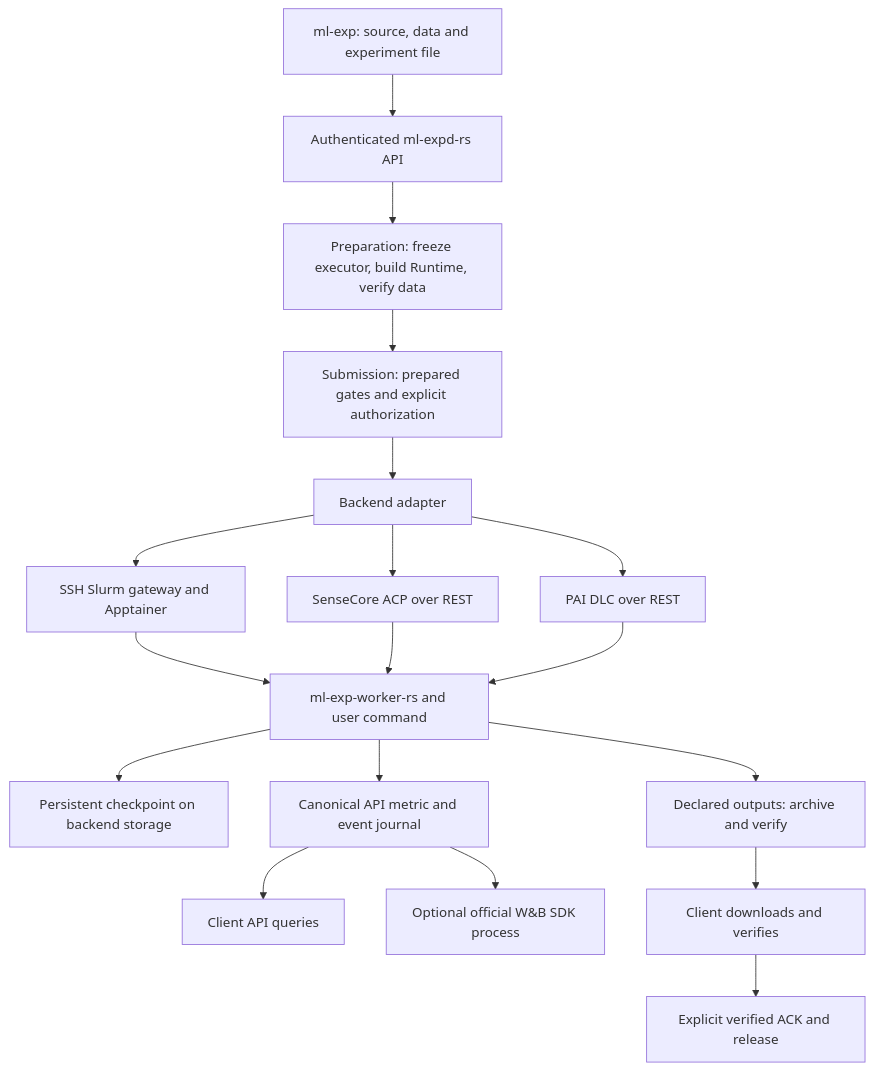
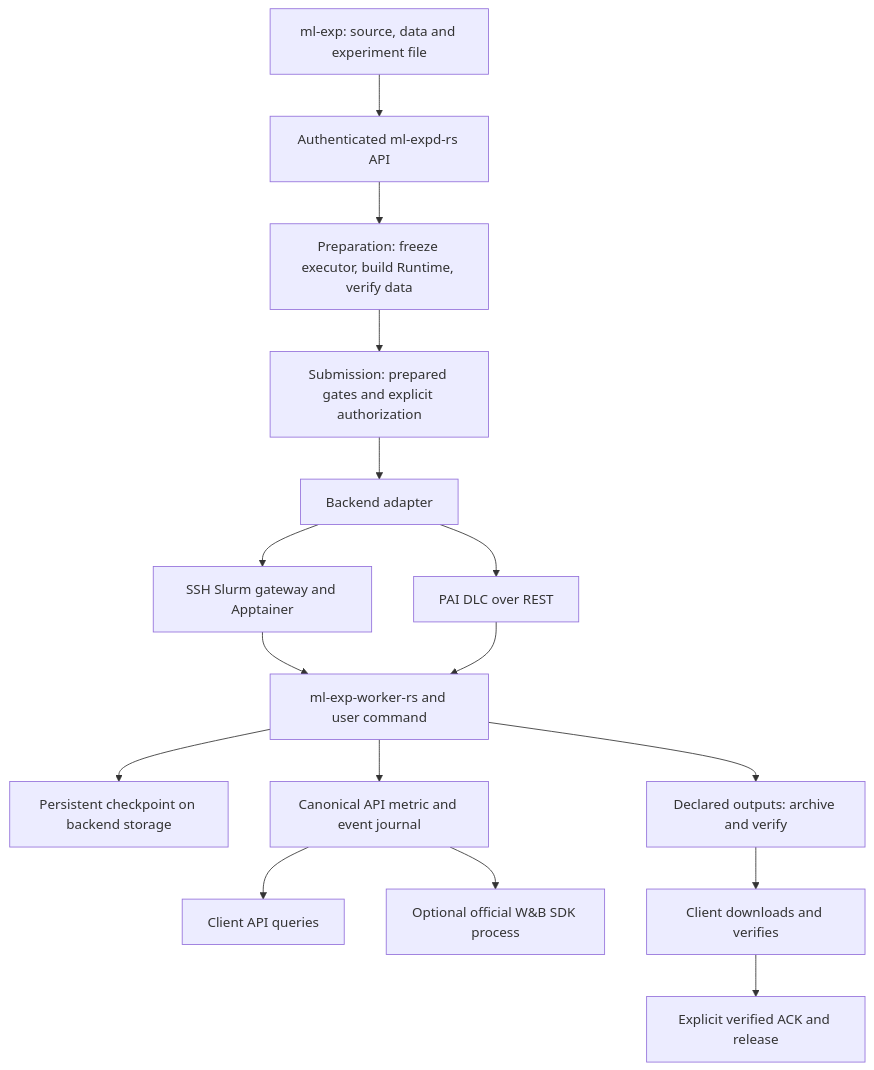
The diagram in docs/architecture.md (NotDesigned/ml-experiment-control), drawn with Mermaid before and after one commit. The commit also changed other lines of this file and 66 other files, not shown here.

````diff
--- a/docs/architecture.md
+++ b/docs/architecture.md
@@ -31,20 +31,18 @@
 ```mermaid
 flowchart TD
     Client[ml-exp: source, data and experiment file] --> API[Authenticated ml-expd-rs API]
     API --> Prepare[Preparation: freeze executor, build Runtime, verify data]
     Prepare --> Review[Submission: prepared gates and explicit authorization]
     Review --> Dispatch[Backend adapter]
     Dispatch --> Slurm[SSH Slurm gateway and Apptainer]
-    Dispatch --> ACP[SenseCore ACP over REST]
     Dispatch --> DLC[PAI DLC over REST]
     Slurm --> Worker[ml-exp-worker-rs and user command]
-    ACP --> Worker
     DLC --> Worker
     Worker --> State[Persistent checkpoint on backend storage]
     Worker --> Records[Canonical API metric and event journal]
     Records --> Query[Client API queries]
     Records --> WandB[Optional official W&B SDK process]
     Worker --> Results[Declared outputs: archive and verify]
     Results --> Download[Client downloads and verifies]
     Download --> Ack[Explicit verified ACK and release]
 ```
````
